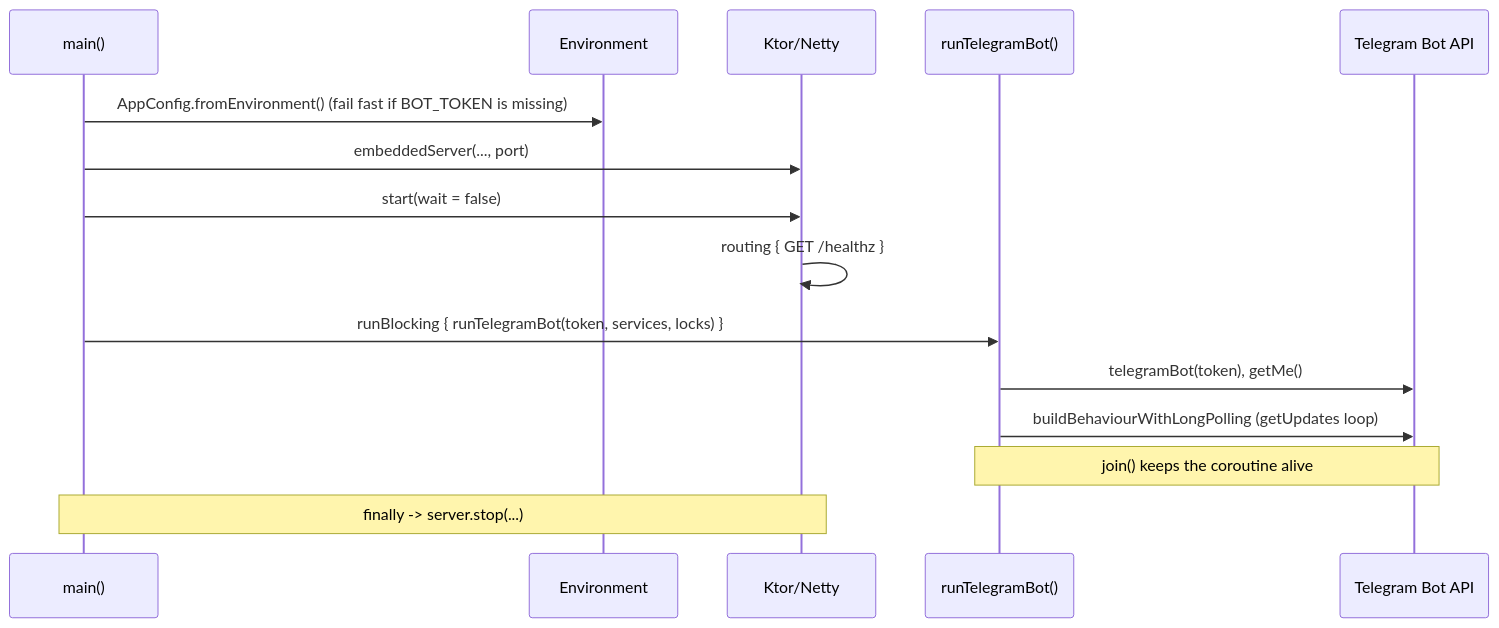
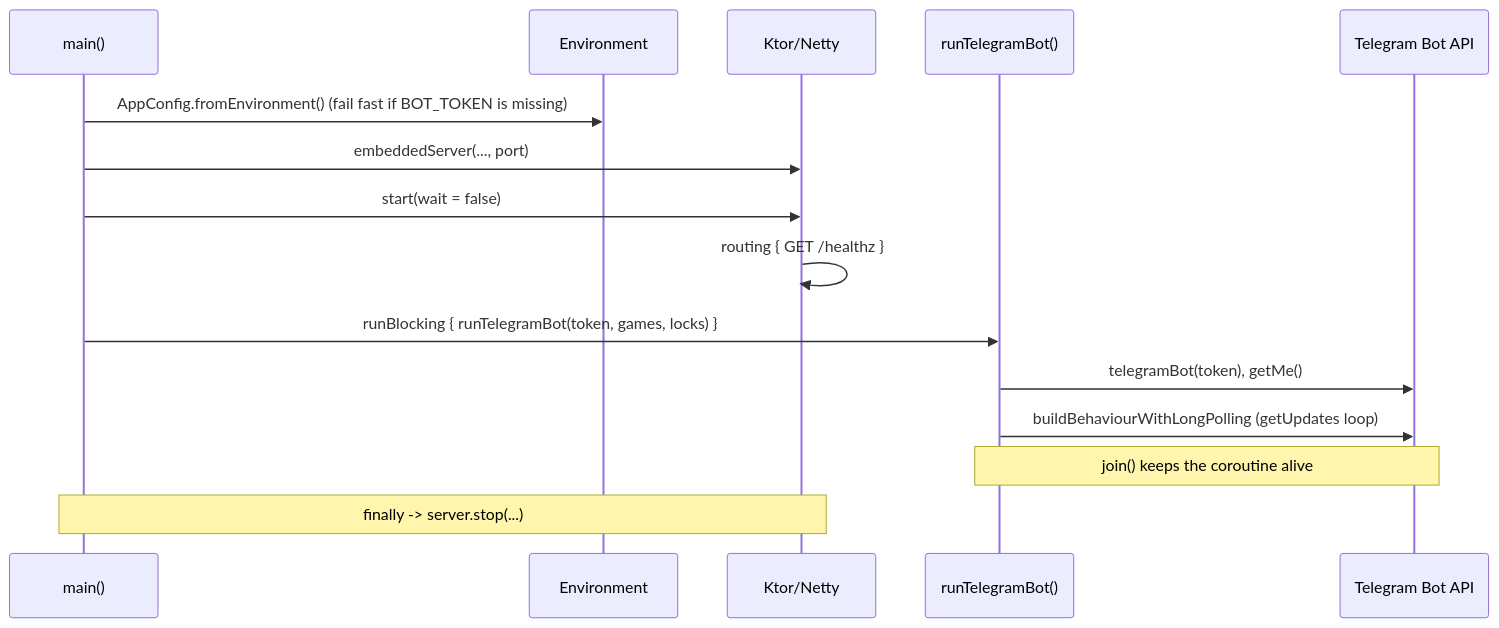
Before and after one commit to Giancarmine/rock-paper-scissors-lizard-spock-bot: the second of 4 diagrams in docs/ARCHITECTURE.md, drawn with Mermaid. The commit also changed other lines of this file and 24 other files, not shown here.

First line of the commit message:
Improve bot messages and separate game flow from command wiring

````diff
--- a/docs/ARCHITECTURE.md
+++ b/docs/ARCHITECTURE.md
@@ -42,18 +48,18 @@
 ```mermaid
 sequenceDiagram
     participant Main as main()
     participant Env as Environment
     participant Ktor as Ktor/Netty
     participant TG as runTelegramBot()
     participant API as Telegram Bot API
 
     Main->>Env: AppConfig.fromEnvironment() (fail fast if BOT_TOKEN is missing)
     Main->>Ktor: embeddedServer(..., port)
     Main->>Ktor: start(wait = false)
     Ktor->>Ktor: routing { GET /healthz }
-    Main->>TG: runBlocking { runTelegramBot(token, services, locks) }
+    Main->>TG: runBlocking { runTelegramBot(token, games, locks) }
     TG->>API: telegramBot(token), getMe()
     TG->>API: buildBehaviourWithLongPolling (getUpdates loop)
     Note over TG,API: join() keeps the coroutine alive
     Note over Main,Ktor: finally -> server.stop(...)
 ```
````
